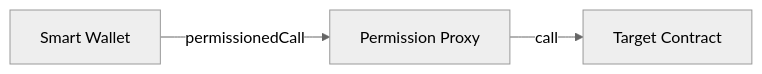
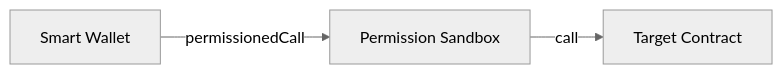
One commit to coinbase/smart-wallet-permissions changed the first of 2 diagrams in docs/PermissionedCall.md. Above: the diagram before and after it, drawn with Mermaid (neutral theme). The commit also changed other lines of this file and 10 other files, not shown here.

````diff
--- a/docs/PermissionedCall.md
+++ b/docs/PermissionedCall.md
@@ -36,8 +36,8 @@
 ```mermaid
 flowchart LR
     SW["Smart Wallet"]
-    PP["Permission Proxy"]
+    PS["Permission Sandbox"]
     TC["Target Contract"]
 
-    SW -- permissionedCall --> PP -- call --> TC
+    SW -- permissionedCall --> PS -- call --> TC
 ```
````
